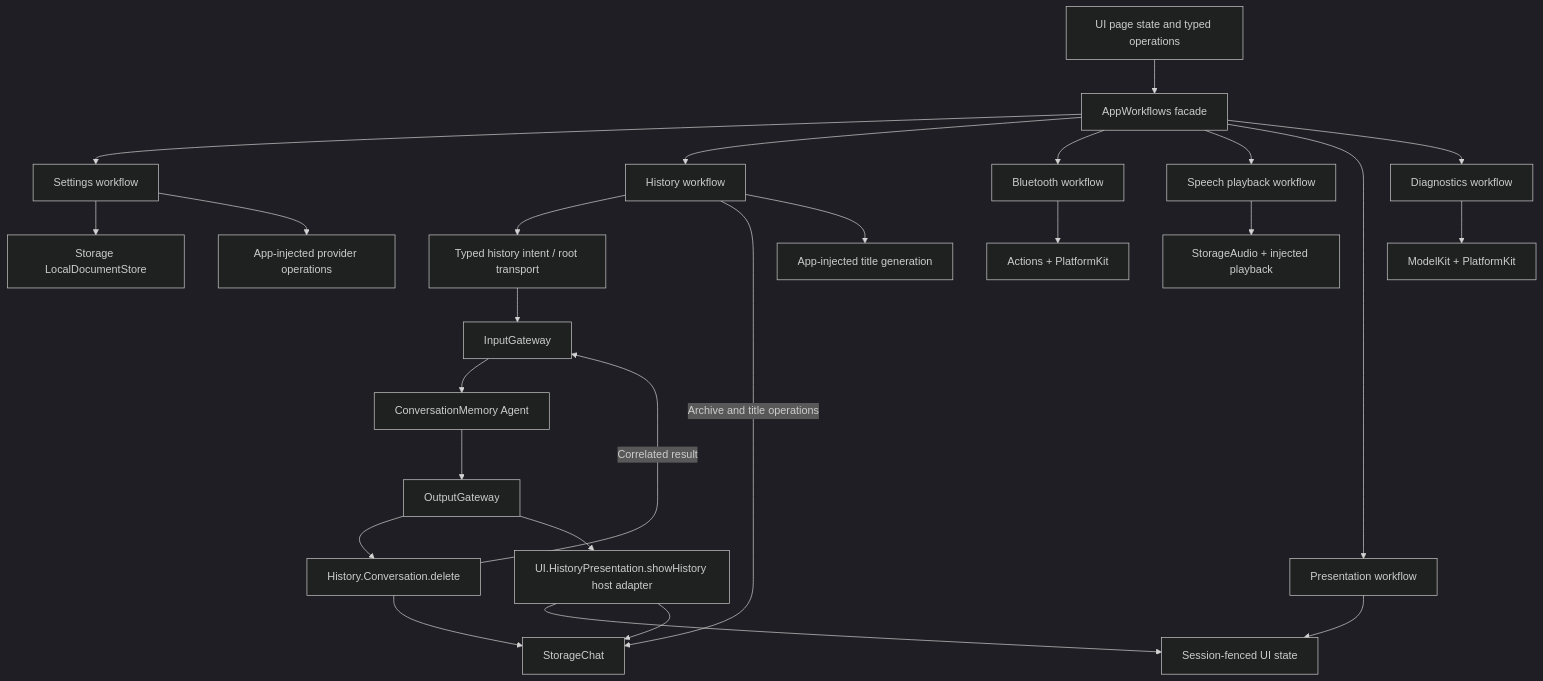
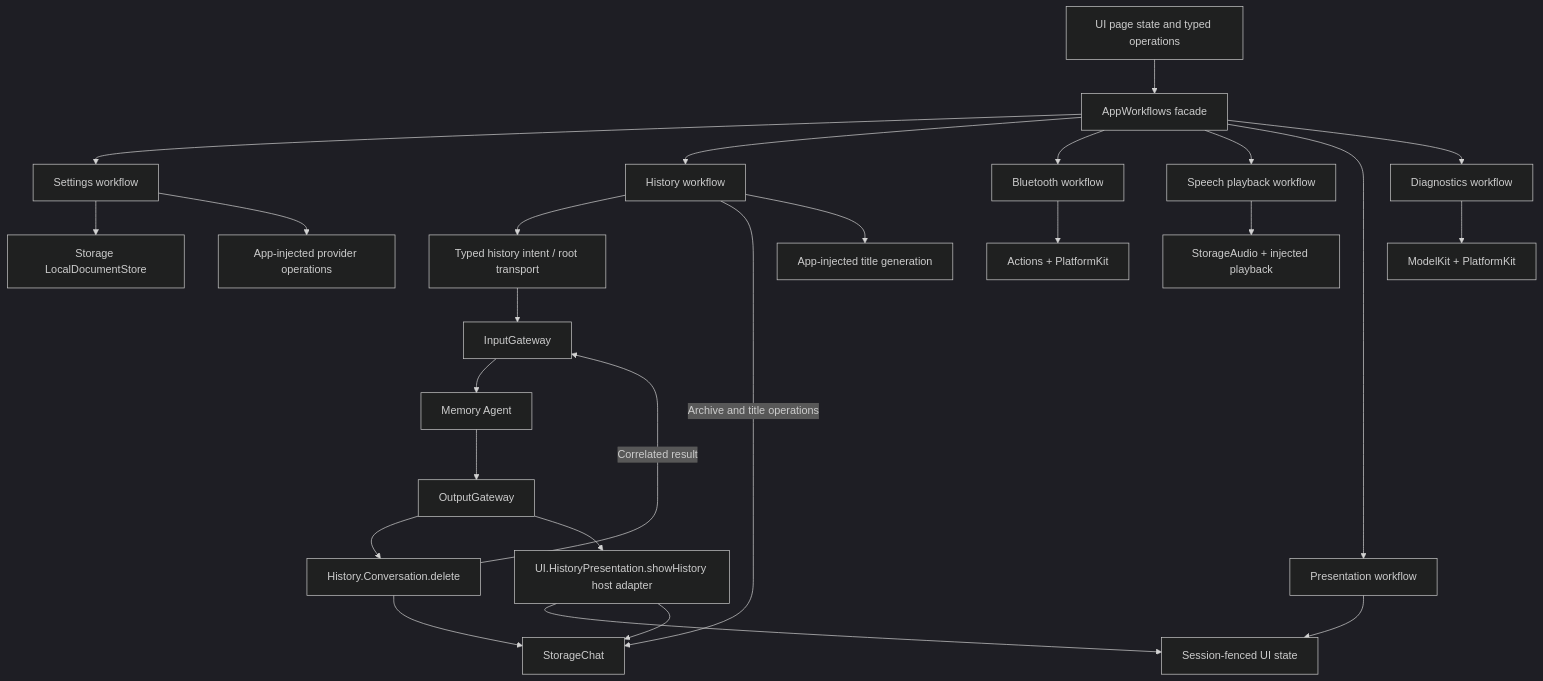
Before and after one commit to devilyouwei/MobileHarness: diagram 15 of 29 in MobileHarness/README.md, drawn with Mermaid (dark theme). The commit also changed other lines of this file and 201 other files, not shown here.

````diff
--- a/MobileHarness/README.md
+++ b/MobileHarness/README.md
@@ -838,28 +871,28 @@
 ```mermaid
 flowchart TB
     UI[UI page state and typed operations] --> Facade[AppWorkflows facade]
     Facade --> Settings[Settings workflow]
     Facade --> History[History workflow]
     Facade --> Bluetooth[Bluetooth workflow]
     Facade --> Speech[Speech playback workflow]
     Facade --> Presentation[Presentation workflow]
     Facade --> Diagnostics[Diagnostics workflow]
     Settings --> Documents[Storage LocalDocumentStore]
     Settings --> Provider[App-injected provider operations]
     History --> Intent[Typed history intent / root transport]
     Intent --> Input[InputGateway]
-    Input --> Memory[ConversationMemory Agent]
+    Input --> Memory[Memory Agent]
     Memory --> Output[OutputGateway]
     Output --> Delete[History.Conversation.delete]
     Delete --> Journal
     Delete -->|Correlated result| Input
     Output --> Present[UI.HistoryPresentation.showHistory host adapter]
     Present --> State
     Present --> Journal[StorageChat]
     History -->|Archive and title operations| Journal
     History --> Title[App-injected title generation]
     Bluetooth --> Device[Actions + PlatformKit]
     Speech --> Audio[StorageAudio + injected playback]
     Presentation --> State[Session-fenced UI state]
     Diagnostics --> Capabilities[ModelKit + PlatformKit]
 ```
````
